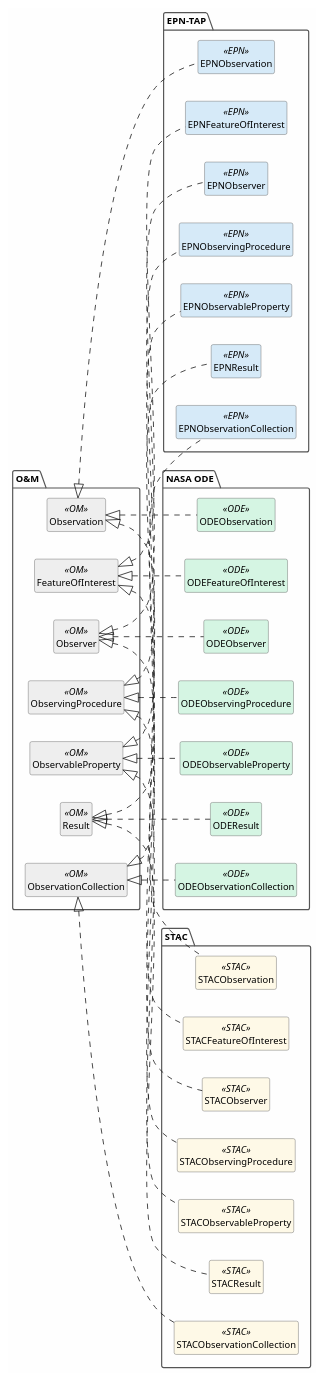
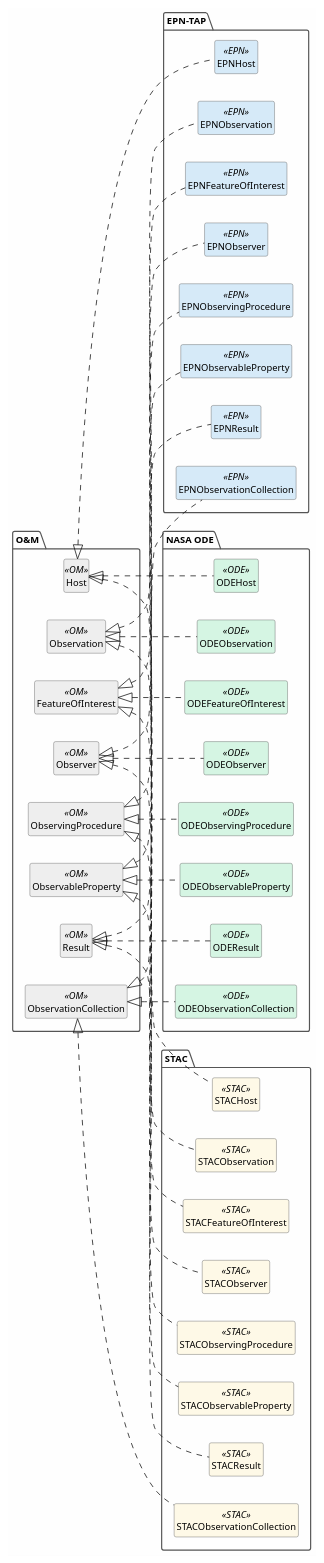
The diagram in sections/06-comparison-data-model.adoc (pdssp/pdssp_data_model), drawn with PlantUML before and after one commit. The commit also changed 19 other files, not shown here.

```diff
--- a/sections/06-comparison-data-model.adoc
+++ b/sections/06-comparison-data-model.adoc
@@ -44,6 +44,7 @@
 }
 
 package "O&M" {
+  class "Host" <<OM>>
   class "Observation" <<OM>>
   class "FeatureOfInterest" <<OM>>
   class "Observer" <<OM>>
@@ -54,6 +55,7 @@
 }
 
 package "EPN-TAP" {
+  class "EPNHost" <<EPN>>
   class "EPNObservation" <<EPN>>
   class "EPNFeatureOfInterest" <<EPN>>
   class "EPNObserver" <<EPN>>
@@ -64,6 +66,7 @@
 }
 
 package "NASA ODE" {
+  class "ODEHost" <<ODE>>
   class "ODEObservation" <<ODE>>
   class "ODEFeatureOfInterest" <<ODE>>
   class "ODEObserver" <<ODE>>
@@ -74,6 +77,7 @@
 }
 
 package "STAC" {
+  class "STACHost" <<STAC>>
   class "STACObservation" <<STAC>>
   class "STACFeatureOfInterest" <<STAC>>
   class "STACObserver" <<STAC>>
@@ -82,6 +86,10 @@
   class "STACResult" <<STAC>>
   class "STACObservationCollection" <<STAC>>
 }
+
+"Host" <|.. "EPNHost"
+"Host" <|.. "ODEHost"
+"Host" <|.. "STACHost"
 
 "Observation" <|.. "EPNObservation"
 "Observation" <|.. "ODEObservation"
```
